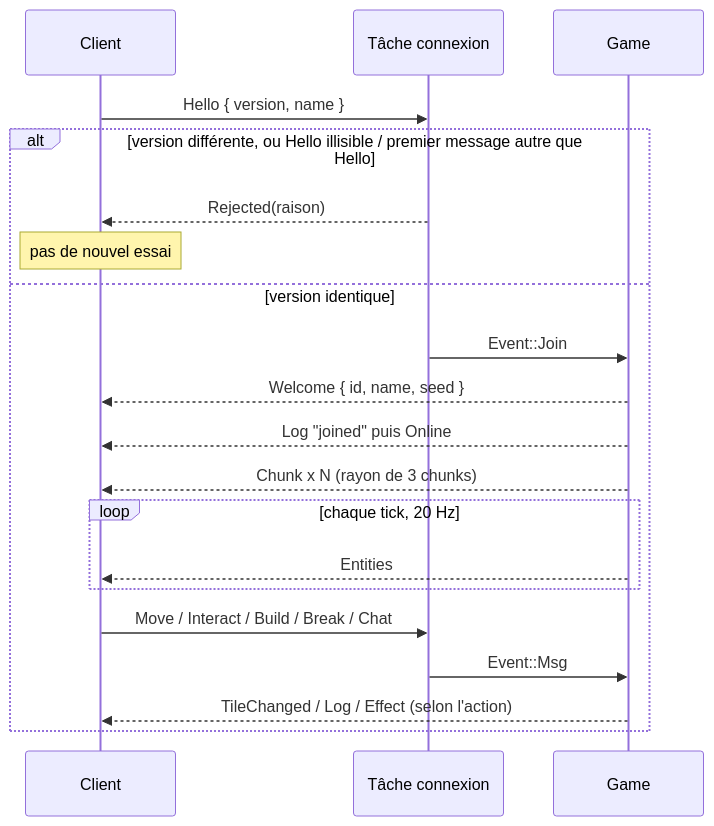
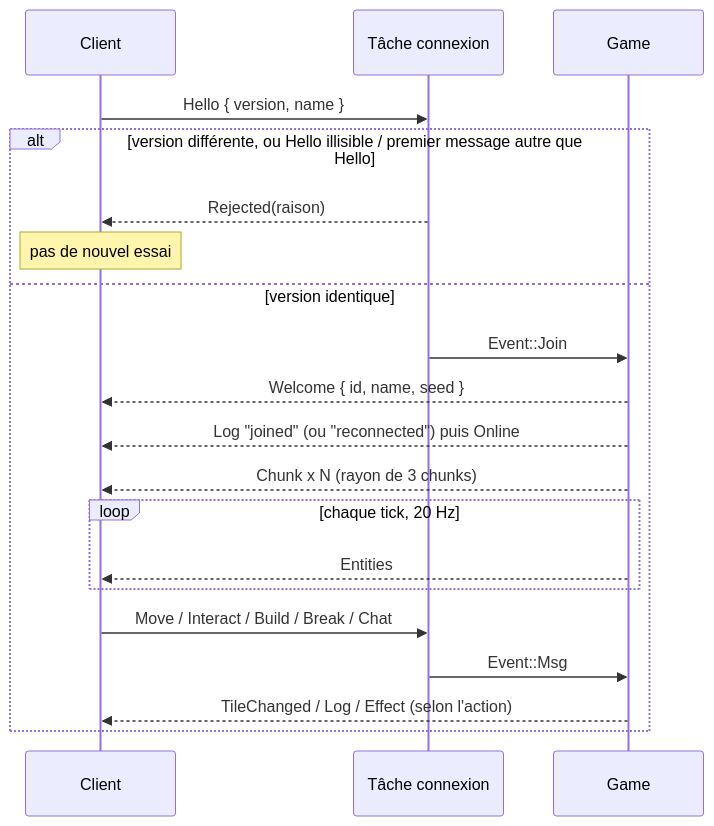
Before and after one commit to SuperKiment/console-rust-game-idk: the diagram in docs/project-specific-docs/console-rust-game-idk/carto-protocole.md, drawn with Mermaid. The commit also changed other lines of this file and 8 other files, not shown here.

````diff
--- a/docs/project-specific-docs/console-rust-game-idk/carto-protocole.md
+++ b/docs/project-specific-docs/console-rust-game-idk/carto-protocole.md
@@ -48,22 +48,22 @@
 ```mermaid
 sequenceDiagram
     participant C as Client
     participant N as Tâche connexion
     participant G as Game
     C->>N: Hello { version, name }
     alt version différente, ou Hello illisible / premier message autre que Hello
         N-->>C: Rejected(raison)
         Note over C: pas de nouvel essai
     else version identique
         N->>G: Event::Join
         G-->>C: Welcome { id, name, seed }
-        G-->>C: Log "joined" puis Online
+        G-->>C: Log "joined" (ou "reconnected") puis Online
         G-->>C: Chunk x N (rayon de 3 chunks)
         loop chaque tick, 20 Hz
             G-->>C: Entities
         end
         C->>N: Move / Interact / Build / Break / Chat
         N->>G: Event::Msg
         G-->>C: TileChanged / Log / Effect (selon l'action)
     end
 ```
````
